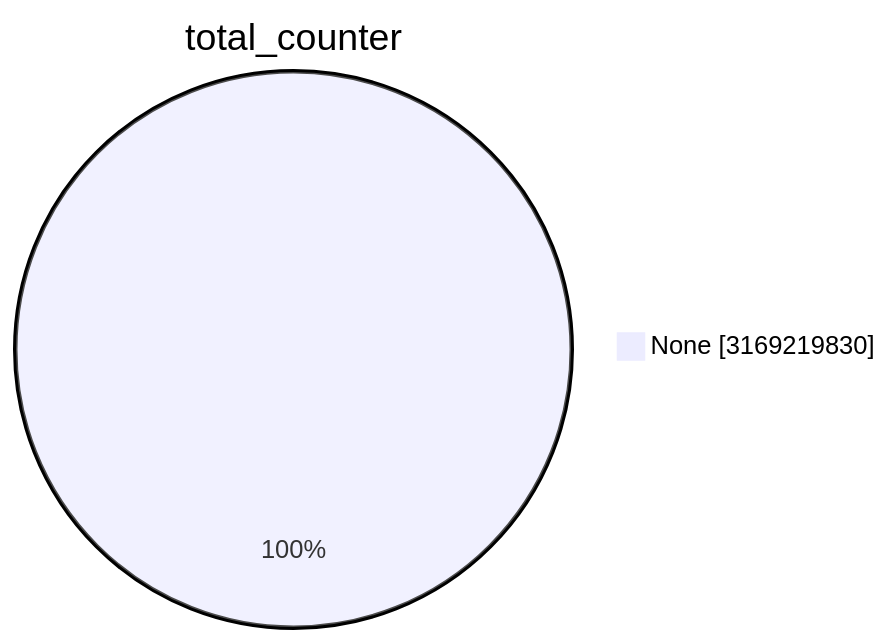
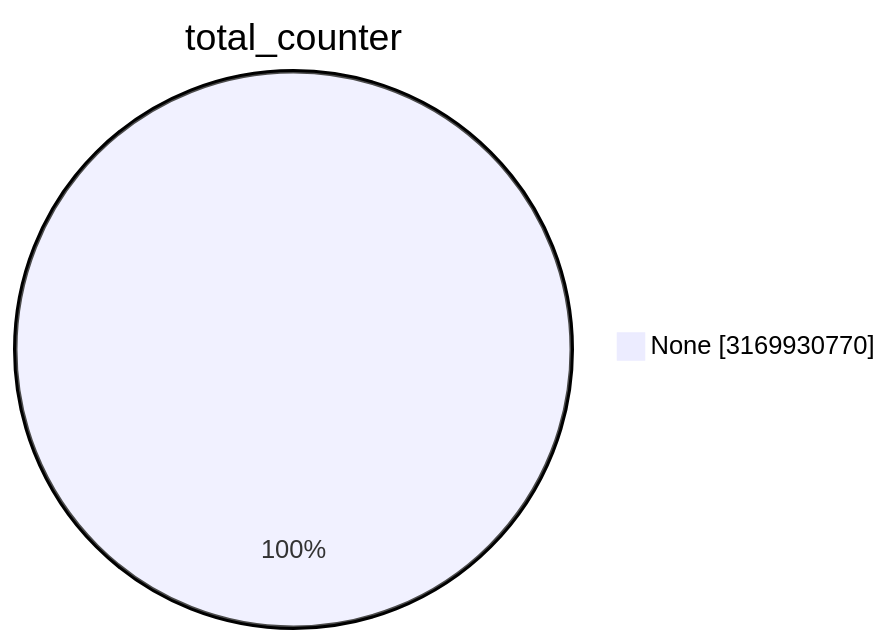
One commit to christiankrug/ctmonitor_visualization changed the first of 15 diagrams in TOTAL/README.md. Above: the diagram before and after it, drawn with Mermaid. The commit also changed other lines of this file, not shown here.

````diff
--- a/TOTAL/README.md
+++ b/TOTAL/README.md
@@ -1,5 +1,5 @@
 ```mermaid
 pie showData
 title total_counter
-"None" :3169219830
+"None" :3169930770
 ```
````
